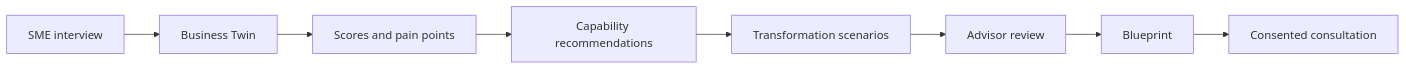
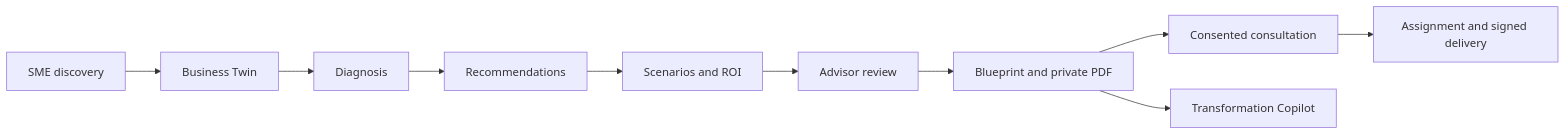
The first of 2 diagrams in README.md (desanv01/majupilot-exabytes), drawn with Mermaid before and after one commit. The commit also changed other lines of this file and 53 other files, not shown here.

````diff
--- a/README.md
+++ b/README.md
@@ -46,10 +9,12 @@
 ```mermaid
 flowchart LR
-    A[SME interview] --> B[Business Twin]
-    B --> C[Scores and pain points]
-    C --> D[Capability recommendations]
-    D --> E[Transformation scenarios]
+    A[SME discovery] --> B[Business Twin]
+    B --> C[Diagnosis]
+    C --> D[Recommendations]
+    D --> E[Scenarios and ROI]
     E --> F[Advisor review]
-    F --> G[Blueprint]
+    F --> G[Blueprint and private PDF]
     G --> H[Consented consultation]
+    G --> I[Transformation Copilot]
+    H --> J[Assignment and signed delivery]
 ```
````
